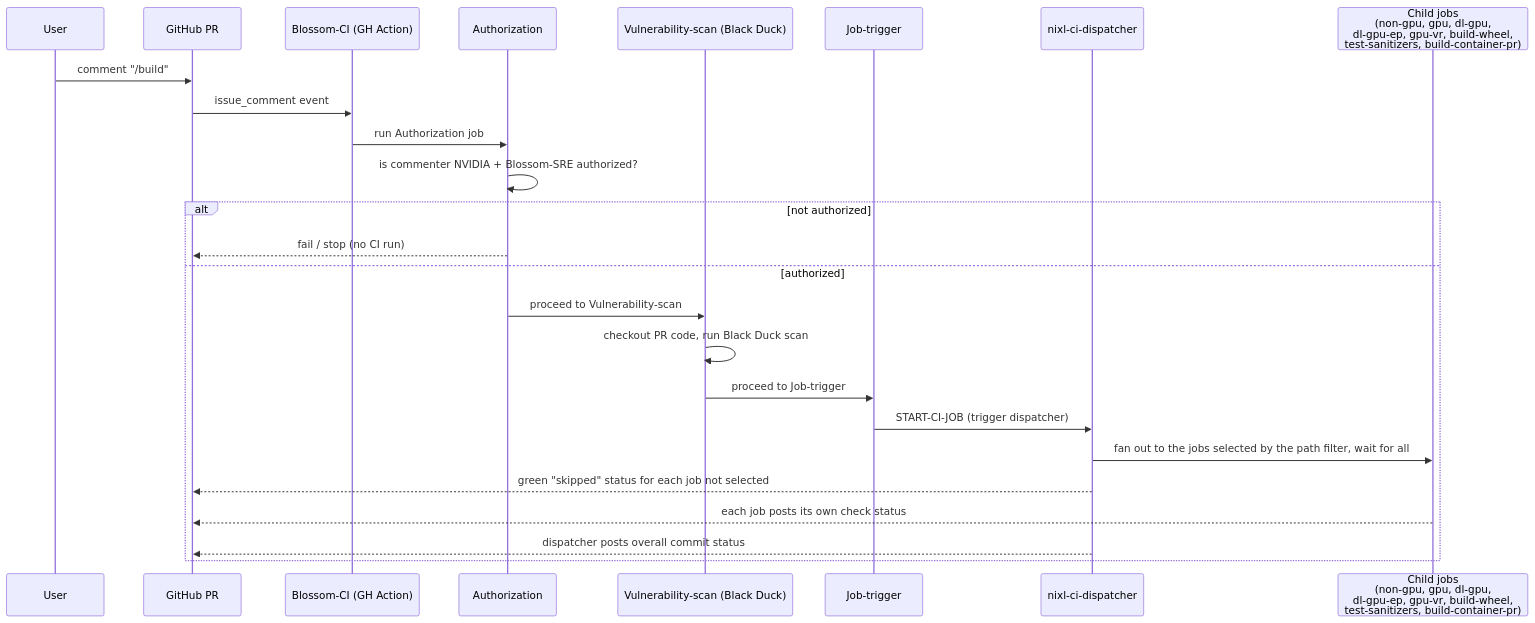
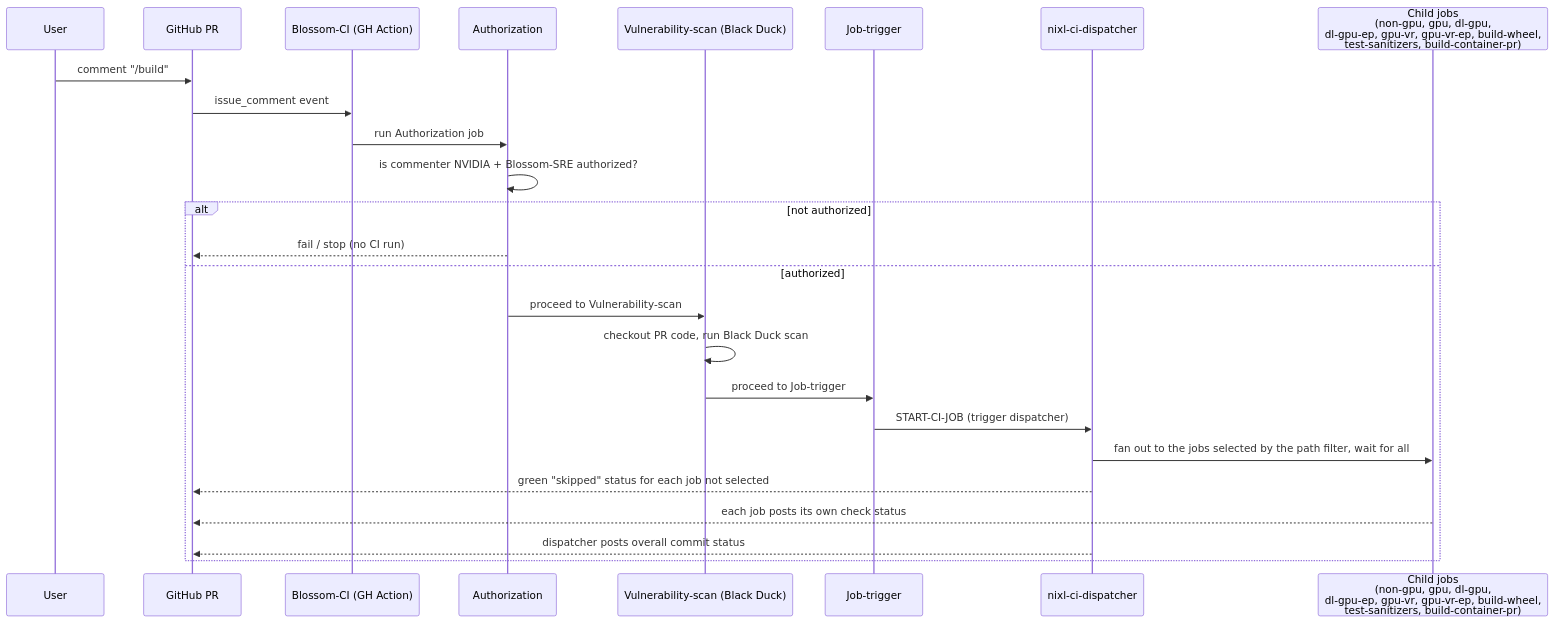
The diagram in .ci/docs/ci-overview.md (ai-dynamo/nixl), drawn with Mermaid before and after one commit. The commit also changed other lines of this file and 7 other files, not shown here.

````diff
--- a/.ci/docs/ci-overview.md
+++ b/.ci/docs/ci-overview.md
@@ -98,28 +98,28 @@
 ```mermaid
 sequenceDiagram
     participant User
     participant GH as GitHub PR
     participant Blossom as Blossom-CI (GH Action)
     participant Auth as Authorization
     participant Scan as Vulnerability-scan (Black Duck)
     participant Trigger as Job-trigger
     participant Jenkins as nixl-ci-dispatcher
-    participant Children as Child jobs<br/>(non-gpu, gpu, dl-gpu,<br/>dl-gpu-ep, gpu-vr, build-wheel,<br/>test-sanitizers, build-container-pr)
+    participant Children as Child jobs<br/>(non-gpu, gpu, dl-gpu,<br/>dl-gpu-ep, gpu-vr, gpu-vr-ep, build-wheel,<br/>test-sanitizers, build-container-pr)
 
     User->>GH: comment "/build"
     GH->>Blossom: issue_comment event
     Blossom->>Auth: run Authorization job
     Auth->>Auth: is commenter NVIDIA + Blossom-SRE authorized?
     alt not authorized
         Auth-->>GH: fail / stop (no CI run)
     else authorized
         Auth->>Scan: proceed to Vulnerability-scan
         Scan->>Scan: checkout PR code, run Black Duck scan
         Scan->>Trigger: proceed to Job-trigger
         Trigger->>Jenkins: START-CI-JOB (trigger dispatcher)
         Jenkins->>Children: fan out to the jobs selected by the path filter, wait for all
         Jenkins-->>GH: green "skipped" status for each job not selected
         Children-->>GH: each job posts its own check status
         Jenkins-->>GH: dispatcher posts overall commit status
     end
 ```
````
